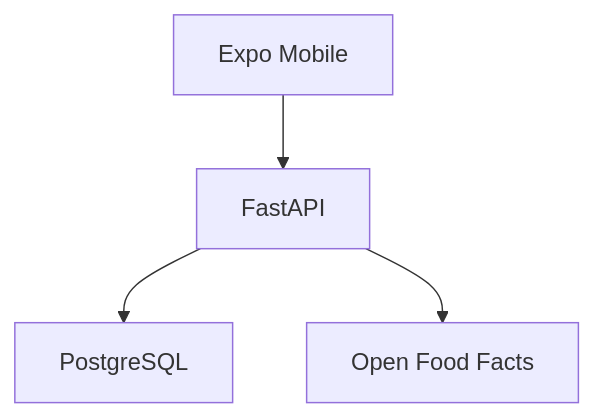
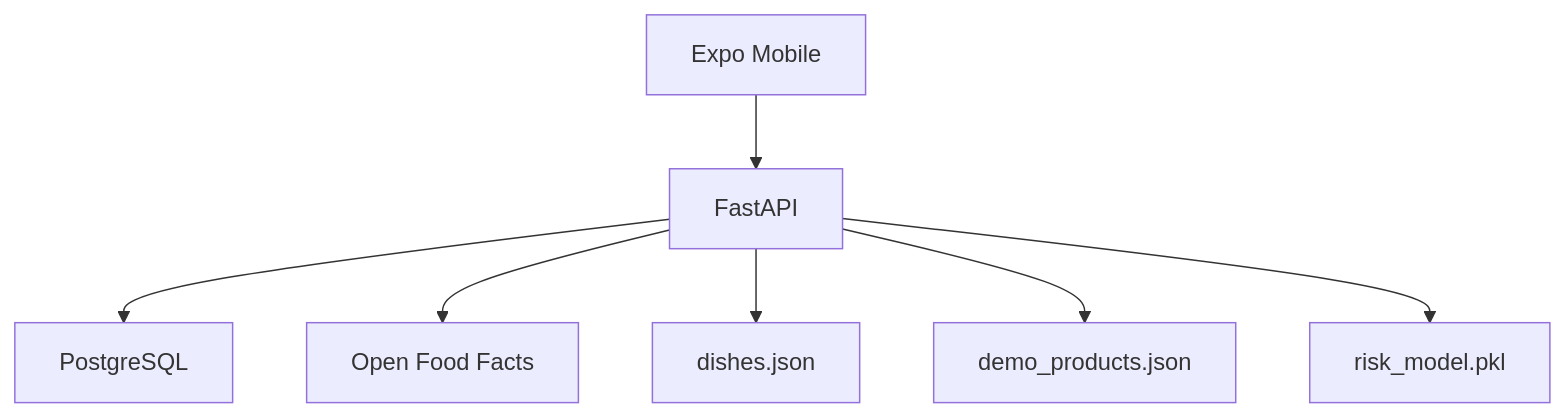
Before and after one commit to punypeony/HEALTHWATCH: the fifth of 9 diagrams in docs/diagrams.md, drawn with Mermaid. The commit also changed other lines of this file and 1 other file, not shown here.

Commit message:
diagrams

````diff
--- a/docs/diagrams.md
+++ b/docs/diagrams.md
@@ -177,10 +177,16 @@
 ```mermaid
 flowchart TD
   expo[Expo Mobile]
   api[FastAPI]
   db[PostgreSQL]
   off[Open Food Facts]
+  dishes[dishes.json]
+  demo[demo_products.json]
+  model[risk_model.pkl]
   expo --> api
   api --> db
   api --> off
+  api --> dishes
+  api --> demo
+  api --> model
 ```
````
